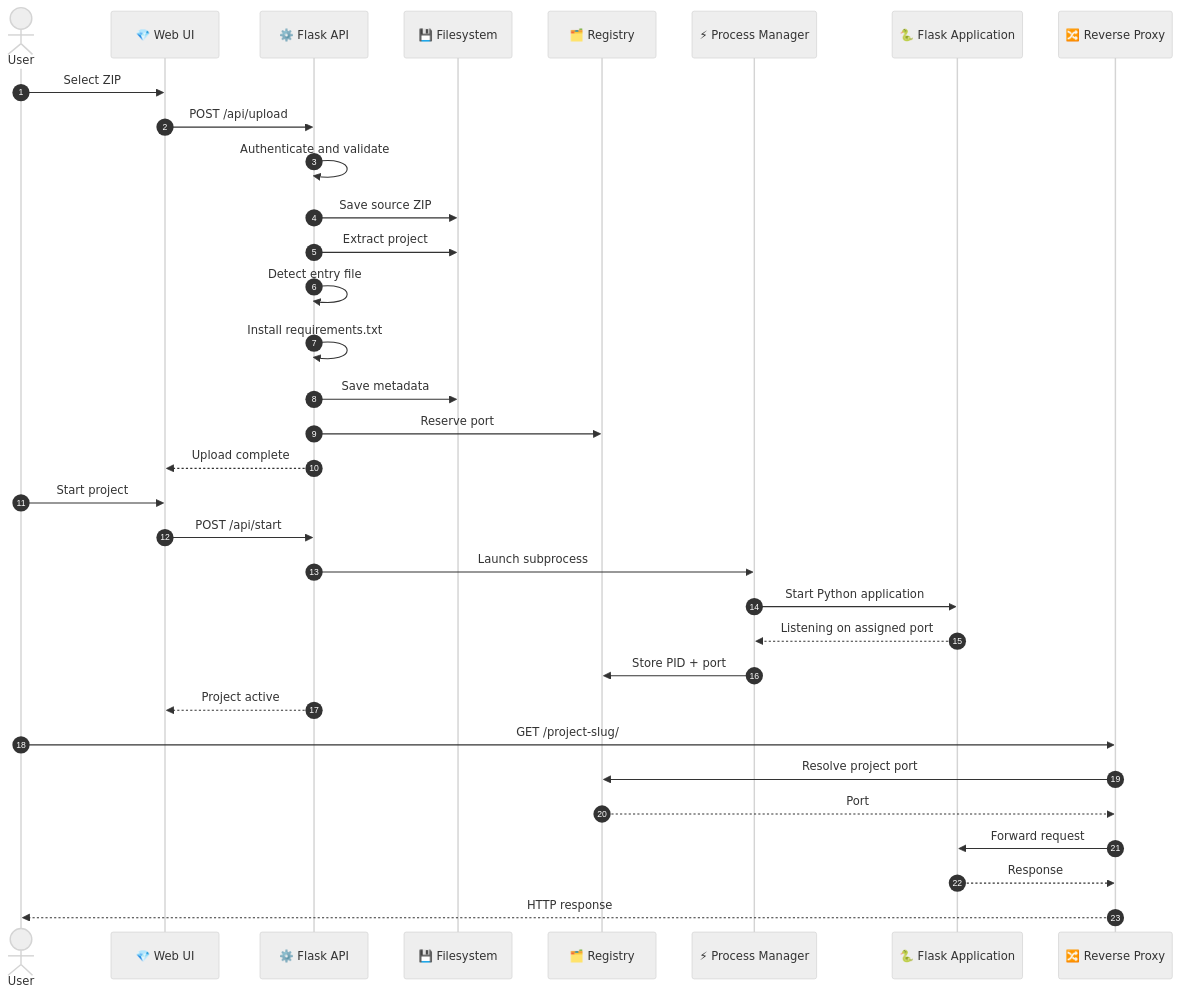
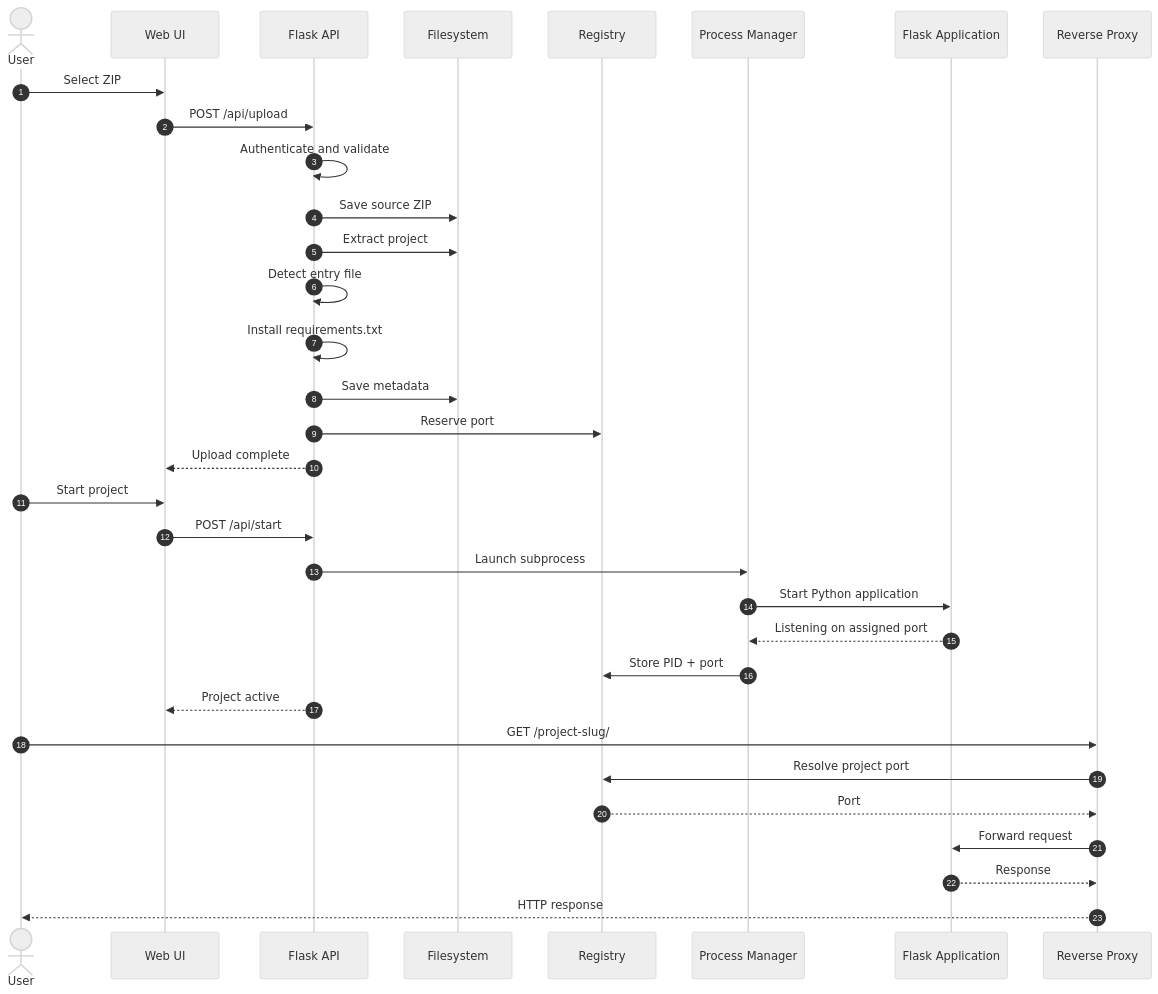
The third of 5 diagrams in README.md (exu-coder-9x/Flask-API-4x), drawn with Mermaid (neutral theme) before and after one commit. The commit also changed other lines of this file, not shown here.

````diff
--- a/README.md
+++ b/README.md
@@ -150,38 +154,38 @@
 ```mermaid
 sequenceDiagram
     autonumber
     actor User
-    participant UI as 💎 Web UI
-    participant API as ⚙️ Flask API
-    participant FS as 💾 Filesystem
-    participant Registry as 🗂️ Registry
-    participant Process as ⚡ Process Manager
-    participant App as 🐍 Flask Application
-    participant Proxy as 🔀 Reverse Proxy
+    participant UI as Web UI
+    participant API as Flask API
+    participant FS as Filesystem
+    participant Registry as Registry
+    participant Process as Process Manager
+    participant App as Flask Application
+    participant Proxy as Reverse Proxy
 
     User->>UI: Select ZIP
     UI->>API: POST /api/upload
     API->>API: Authenticate and validate
     API->>FS: Save source ZIP
     API->>FS: Extract project
     API->>API: Detect entry file
     API->>API: Install requirements.txt
     API->>FS: Save metadata
     API->>Registry: Reserve port
     API-->>UI: Upload complete
 
     User->>UI: Start project
     UI->>API: POST /api/start
     API->>Process: Launch subprocess
     Process->>App: Start Python application
     App-->>Process: Listening on assigned port
     Process->>Registry: Store PID + port
     API-->>UI: Project active
 
     User->>Proxy: GET /project-slug/
     Proxy->>Registry: Resolve project port
     Registry-->>Proxy: Port
     Proxy->>App: Forward request
     App-->>Proxy: Response
     Proxy-->>User: HTTP response
 ```
````
